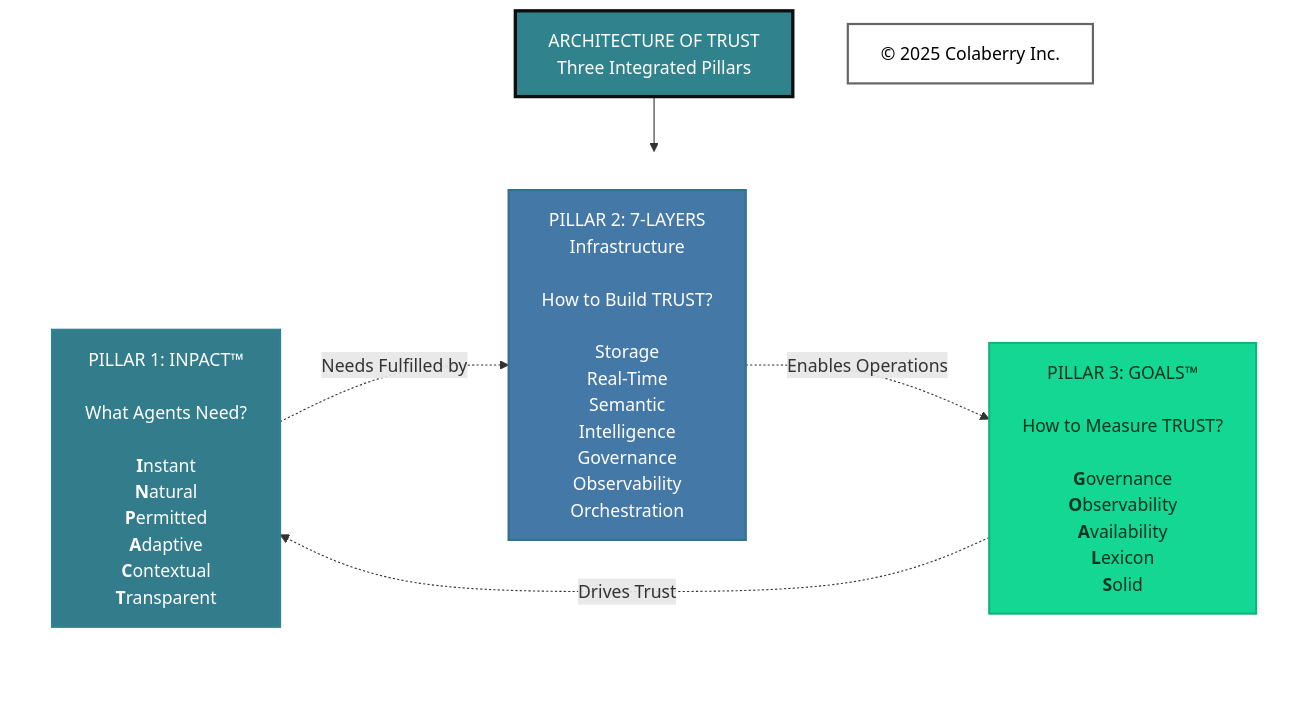
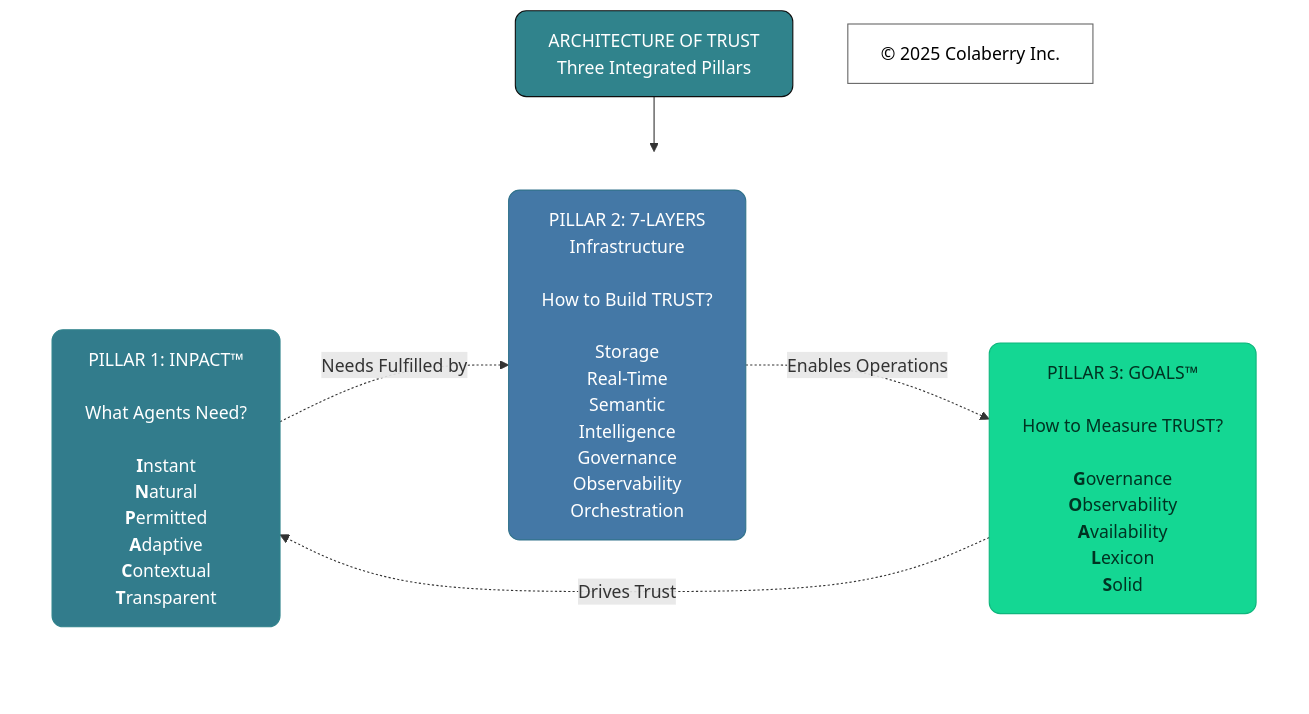
One commit to colaberry/trust-before-intelligence-book changed the second of 14 diagrams in manuscript/08_chapter_7_goals_framework.md. Above: the diagram before and after it, drawn with Mermaid. The commit also changed other lines of this file and 12 other files, not shown here.

````diff
--- a/manuscript/08_chapter_7_goals_framework.md
+++ b/manuscript/08_chapter_7_goals_framework.md
@@ -124,31 +124,31 @@
 ```mermaid
 
 graph TB
     Title["ARCHITECTURE OF TRUST<br/>Three Integrated Pillars"]
     
     subgraph PILLARS[" "]
         direction LR
         INPACT["PILLAR 1: INPACT™<br/><br/>What Agents Need?<br/><br/><b>I</b>nstant<br/><b>N</b>atural<br/><b>P</b>ermitted<br/><b>A</b>daptive<br/><b>C</b>ontextual<br/><b>T</b>ransparent"]
         
         Layers["PILLAR 2: 7-LAYERS<br/>Infrastructure<br/><br/>How to Build TRUST?<br/><br/>Storage<br/>Real-Time<br/>Semantic<br/>Intelligence<br/>Governance<br/>Observability<br/>Orchestration"]
         
         GOALS["PILLAR 3: GOALS™<br/><br/>How to Measure TRUST?<br/><br/><b>G</b>overnance<br/><b>O</b>bservability<br/><b>A</b>vailability<br/><b>L</b>exicon<br/><b>S</b>olid"]
     end
     
     Copyright["© 2025 Colaberry Inc."]
     
     Title --> PILLARS
     
     INPACT -.->|"Needs Fulfilled by"| Layers
     Layers -.->|"Enables Operations"| GOALS
     GOALS -.->|"Drives Trust"| INPACT
     
-    style Title fill:#30838C,color:#ffffff,stroke:#0D0D0D,stroke-width:3px
-    style PILLARS fill:none,stroke:none
-    style INPACT fill:#327C8C,stroke:#30838C,stroke-width:2px,color:#ffffff
-    style Layers fill:#4478A6,stroke:#32738C,stroke-width:2px,color:#ffffff
-    style GOALS fill:#14D793,color:#003322,stroke:#0FB67D,stroke-width:2px
-    style Copyright fill:#ffffff,stroke:#666666,stroke-width:2px,color:#000000
+    style Title fill:#30838C,color:#ffffff,stroke:#0D0D0D,stroke-width:1px,rx:10,ry:10
+    style PILLARS fill:none,stroke:none,rx:10,ry:10
+    style INPACT fill:#327C8C,stroke:#30838C,stroke-width:1px,color:#ffffff,rx:10,ry:10
+    style Layers fill:#4478A6,stroke:#32738C,stroke-width:1px,color:#ffffff,rx:10,ry:10
+    style GOALS fill:#14D793,color:#003322,stroke:#0FB67D,stroke-width:1px,rx:10,ry:10
+    style Copyright fill:none,stroke:#666666,stroke-width:1px,color:#000000
 
 
 ```
````
